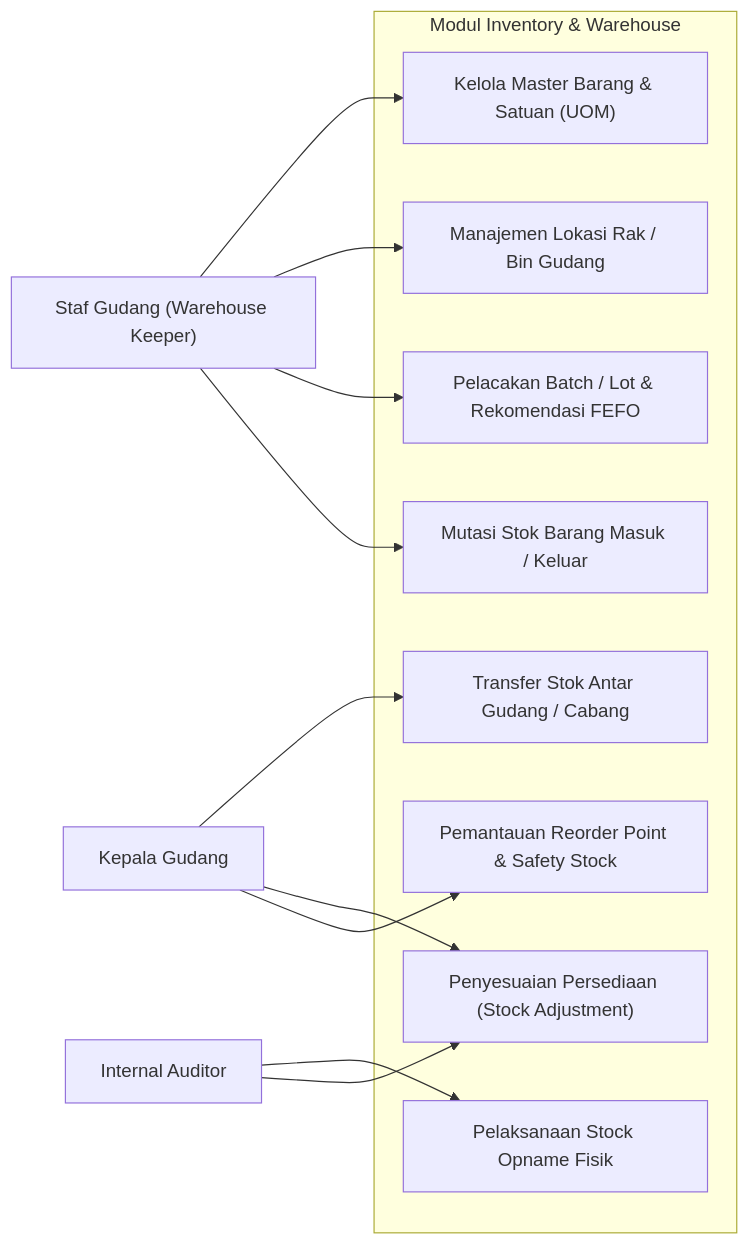
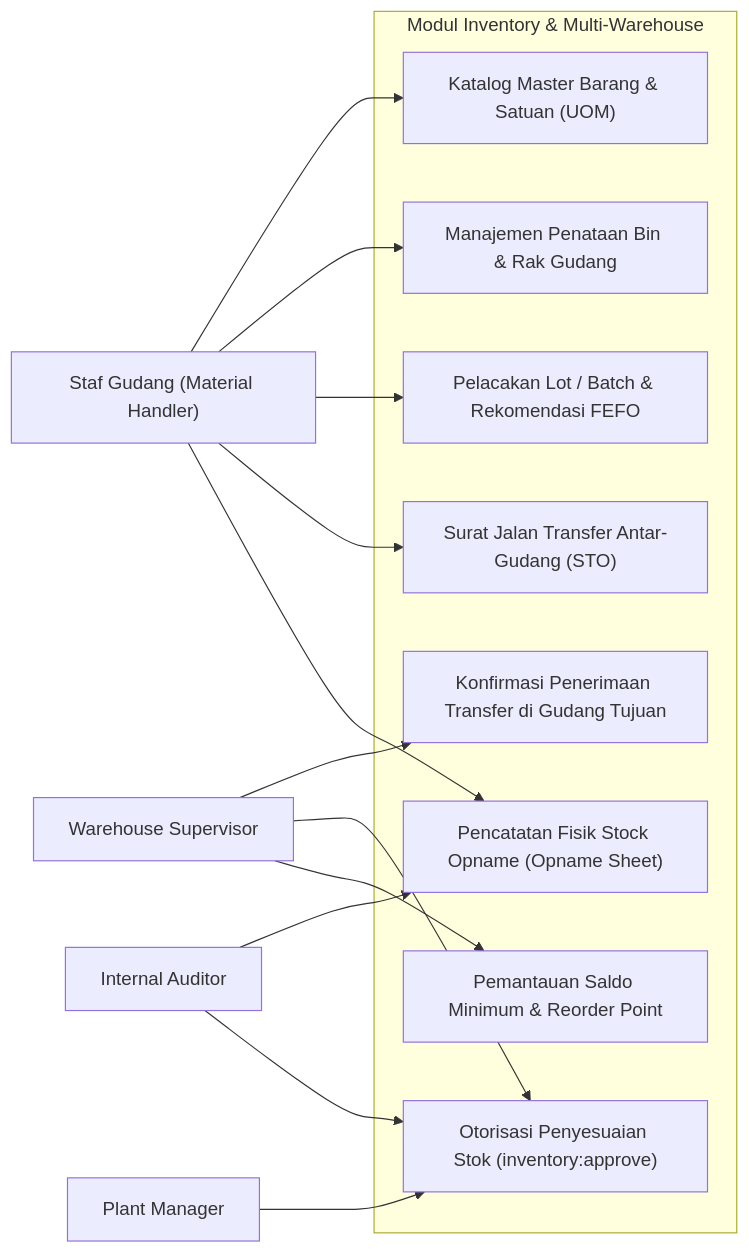
Before and after one commit to Vall-Here/mnf-erp-nextjs-golang: the first of 4 diagrams in sdd/05_inventory_sdd.md, drawn with Mermaid. The commit also changed other lines of this file and 10 other files, not shown here.

````diff
--- a/sdd/05_inventory_sdd.md
+++ b/sdd/05_inventory_sdd.md
@@ -13,29 +13,32 @@
 ```mermaid
 flowchart LR
-    WhKeeper["Staf Gudang (Warehouse Keeper)"]
-    WhLead["Kepala Gudang"]
+    WhStaff["Staf Gudang (Material Handler)"]
+    WhSpv["Warehouse Supervisor"]
+    PlantMgr["Plant Manager"]
     Auditor["Internal Auditor"]
 
-    subgraph InventoryModule ["Modul Inventory & Warehouse"]
-        UC1["Kelola Master Barang & Satuan (UOM)"]
-        UC2["Manajemen Lokasi Rak / Bin Gudang"]
-        UC3["Pelacakan Batch / Lot & Rekomendasi FEFO"]
-        UC4["Mutasi Stok Barang Masuk / Keluar"]
-        UC5["Transfer Stok Antar Gudang / Cabang"]
-        UC6["Pelaksanaan Stock Opname Fisik"]
-        UC7["Penyesuaian Persediaan (Stock Adjustment)"]
-        UC8["Pemantauan Reorder Point & Safety Stock"]
+    subgraph InventoryModule ["Modul Inventory & Multi-Warehouse"]
+        UC1["Katalog Master Barang & Satuan (UOM)"]
+        UC2["Manajemen Penataan Bin & Rak Gudang"]
+        UC3["Pelacakan Lot / Batch & Rekomendasi FEFO"]
+        UC4["Surat Jalan Transfer Antar-Gudang (STO)"]
+        UC5["Konfirmasi Penerimaan Transfer di Gudang Tujuan"]
+        UC6["Pencatatan Fisik Stock Opname (Opname Sheet)"]
+        UC7["Otorisasi Penyesuaian Stok (inventory:approve)"]
+        UC8["Pemantauan Saldo Minimum & Reorder Point"]
     end
 
-    WhKeeper --> UC1
-    WhKeeper --> UC2
-    WhKeeper --> UC3
-    WhKeeper --> UC4
+    WhStaff --> UC1
+    WhStaff --> UC2
+    WhStaff --> UC3
+    WhStaff --> UC4
+    WhStaff --> UC6
 
-    WhLead --> UC5
-    WhLead --> UC7
-    WhLead --> UC8
+    WhSpv --> UC5
+    WhSpv --> UC7
+    WhSpv --> UC8
 
+    PlantMgr --> UC7
     Auditor --> UC6
     Auditor --> UC7
 ```
````
